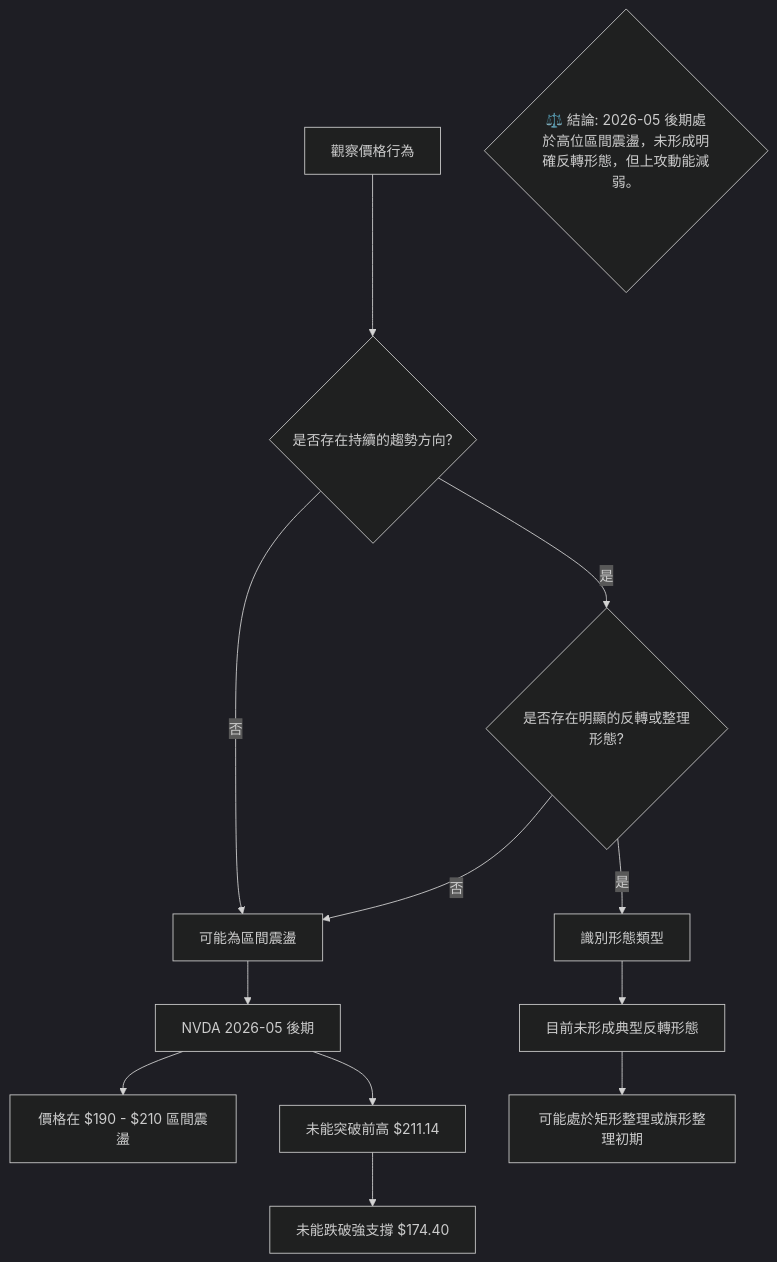
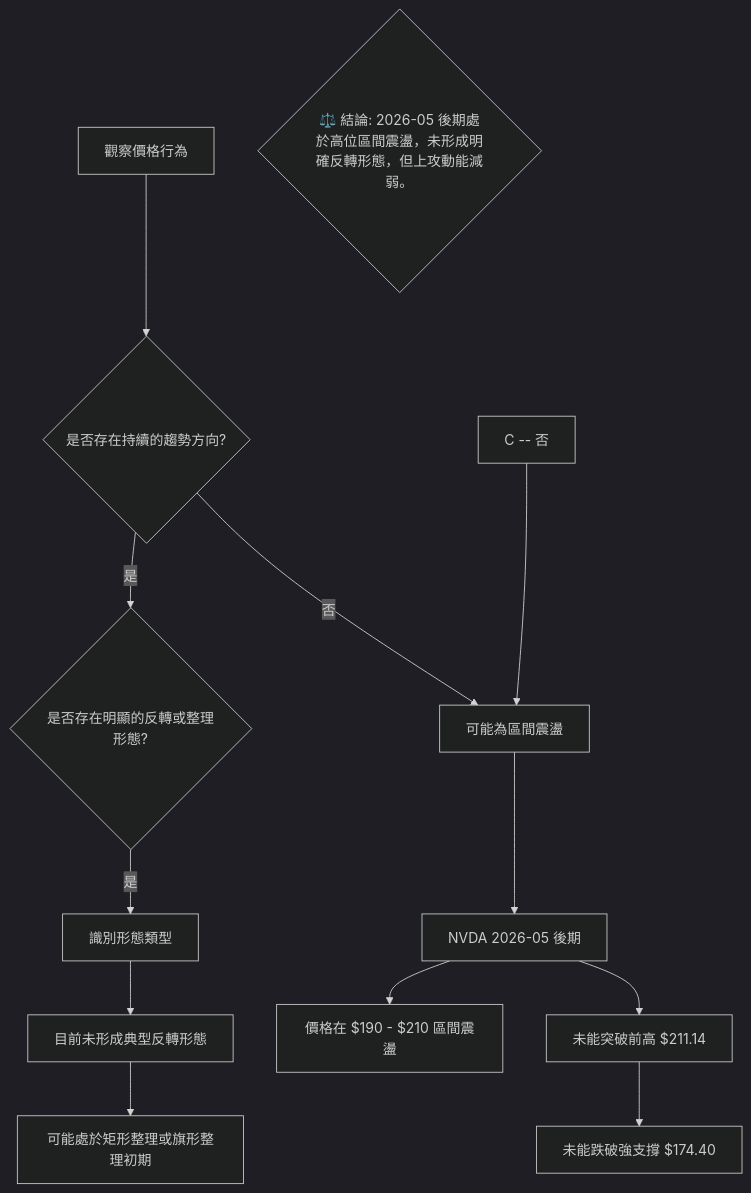
One commit to yennanliu/finance_data changed the fourth of 14 diagrams in ai_gen_report/stock/nvda/technical_analysis_2026-07-08_gemini.md. Above: the diagram before and after it, drawn with Mermaid (dark theme). The commit also changed other lines of this file and 2258 other files, not shown here.

First line of the commit message:
chore: backfill Mermaid syntax repair across existing reports

````diff
--- a/ai_gen_report/stock/nvda/technical_analysis_2026-07-08_gemini.md
+++ b/ai_gen_report/stock/nvda/technical_analysis_2026-07-08_gemini.md
@@ -247,19 +247,19 @@
 ```mermaid
 graph TD
-    A[觀察價格行為] --> B{是否存在持續的趨勢方向?}
-    B -- 是 --> C{是否存在明顯的反轉或整理形態?}
-    B -- 否 --> D[可能為區間震盪]
+    A["觀察價格行為"] --> B{"是否存在持續的趨勢方向?"}
+    B -- 是 --> C{"是否存在明顯的反轉或整理形態?"}
+    B -- 否 --> D["可能為區間震盪"]
 
-    C -- 否 --> D
-    C -- 是 --> E[識別形態類型]
+    nb1["C -- 否"] --> D
+    C -- 是 --> E["識別形態類型"]
 
-    D --> F[NVDA 2026-05 後期]
-    F --> G[價格在 $190 - $210 區間震盪]
-    F --> H[未能突破前高 $211.14]
-    H --> I[未能跌破強支撐 $174.40]
+    D --> F["NVDA 2026-05 後期"]
+    F --> G["價格在 $190 - $210 區間震盪"]
+    F --> H["未能突破前高 $211.14"]
+    H --> I["未能跌破強支撐 $174.40"]
 
-    E --> J[目前未形成典型反轉形態]
-    J --> K[可能處於矩形整理或旗形整理初期]
+    E --> J["目前未形成典型反轉形態"]
+    J --> K["可能處於矩形整理或旗形整理初期"]
 
     VERDICT{"⚖️ 結論: 2026-05 後期處於高位區間震盪，未形成明確反轉形態，但上攻動能減弱。"}
 ```
````
